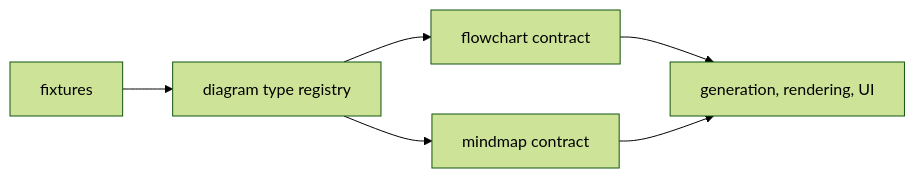
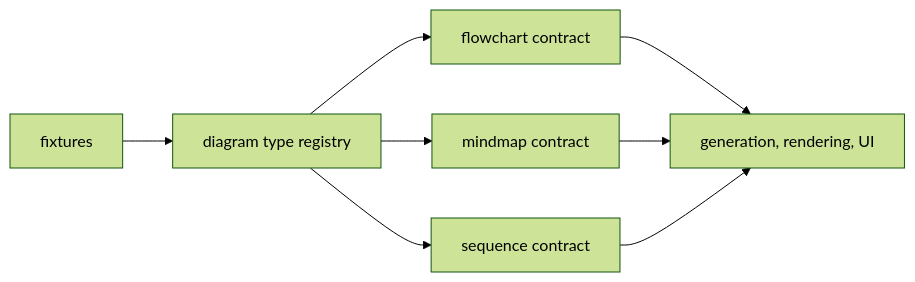
The diagram in packages/diagram/core/README.md (shpitdev/sketchi), drawn with Mermaid (forest theme) before and after one commit. The commit also changed other lines of this file and 22 other files, not shown here.

First line of the commit message:
feat(diagram-core): canonical sequence diagram contract and family registry (#374)

````diff
--- a/packages/diagram/core/README.md
+++ b/packages/diagram/core/README.md
@@ -5,8 +5,10 @@
 ```mermaid
 flowchart LR
   Fixtures["fixtures"] --> Registry["diagram type registry"]
   Registry --> Flowchart["flowchart contract"]
   Registry --> Mindmap["mindmap contract"]
+  Registry --> Sequence["sequence contract"]
   Flowchart --> Consumers["generation, rendering, UI"]
   Mindmap --> Consumers
+  Sequence --> Consumers
 ```
````
